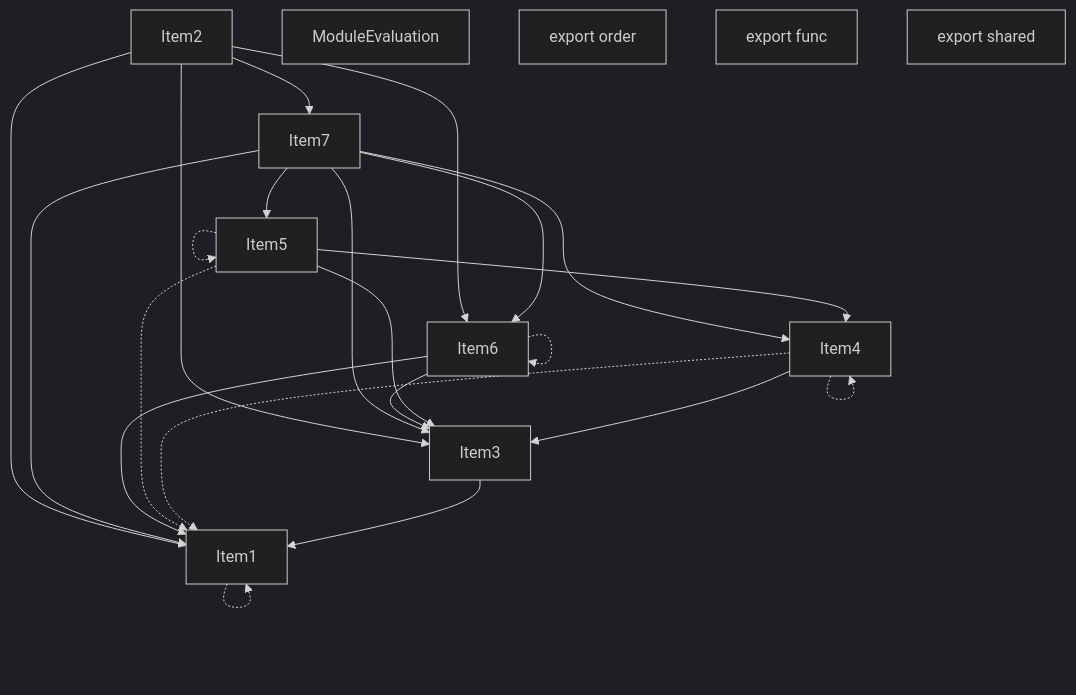
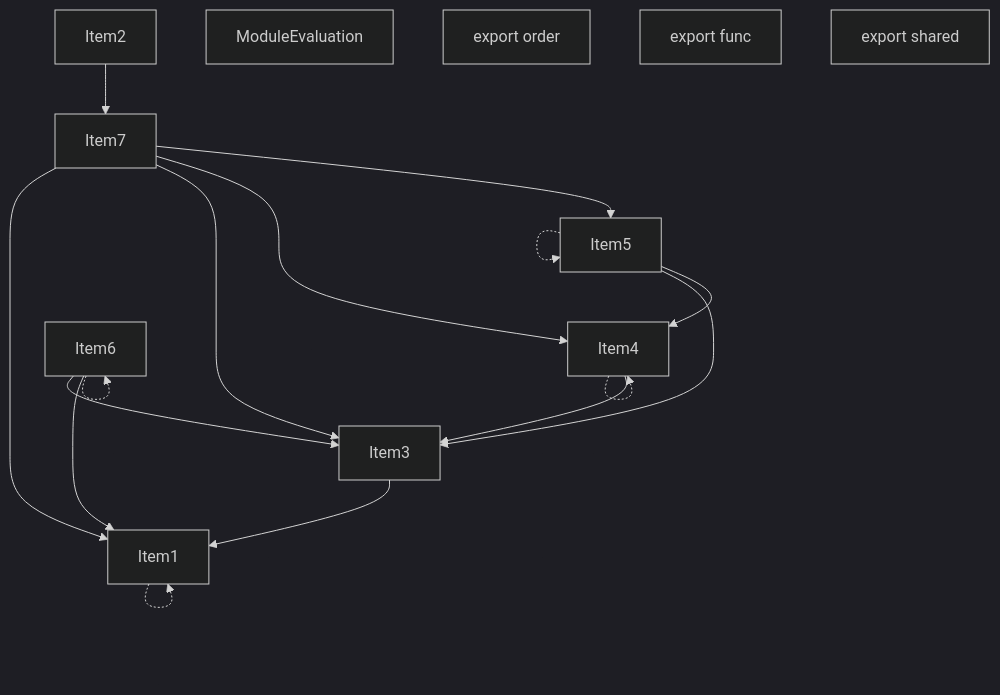
Before and after one commit to vercel/turborepo: the third of 5 diagrams in crates/turbopack-ecmascript/tests/tree-shaker/analyzer/write-order/output.md, drawn with Mermaid (dark theme). The commit also changed other lines of this file and 20 other files, not shown here.

````diff
--- a/crates/turbopack-ecmascript/tests/tree-shaker/analyzer/write-order/output.md
+++ b/crates/turbopack-ecmascript/tests/tree-shaker/analyzer/write-order/output.md
@@ -143,39 +140,33 @@
 ```mermaid
 graph TD
     Item1;
     Item2;
     Item3;
     Item4;
     Item5;
     Item6;
     Item7;
     Item8;
     Item8["ModuleEvaluation"];
     Item9;
     Item9["export order"];
     Item10;
     Item10["export func"];
     Item11;
     Item11["export shared"];
     Item1 -.-> Item1;
     Item3 --> Item1;
     Item4 -.-> Item4;
     Item4 --> Item3;
-    Item4 -.-> Item1;
     Item5 -.-> Item5;
     Item5 --> Item3;
     Item5 --> Item4;
-    Item5 -.-> Item1;
+    Item6 --> Item3;
     Item6 --> Item1;
-    Item6 --> Item3;
     Item6 -.-> Item6;
     Item7 --> Item1;
     Item7 --> Item3;
-    Item7 --> Item6;
     Item7 --> Item4;
     Item7 --> Item5;
-    Item2 --> Item1;
-    Item2 --> Item3;
-    Item2 --> Item6;
     Item2 --> Item7;
 ```
````
